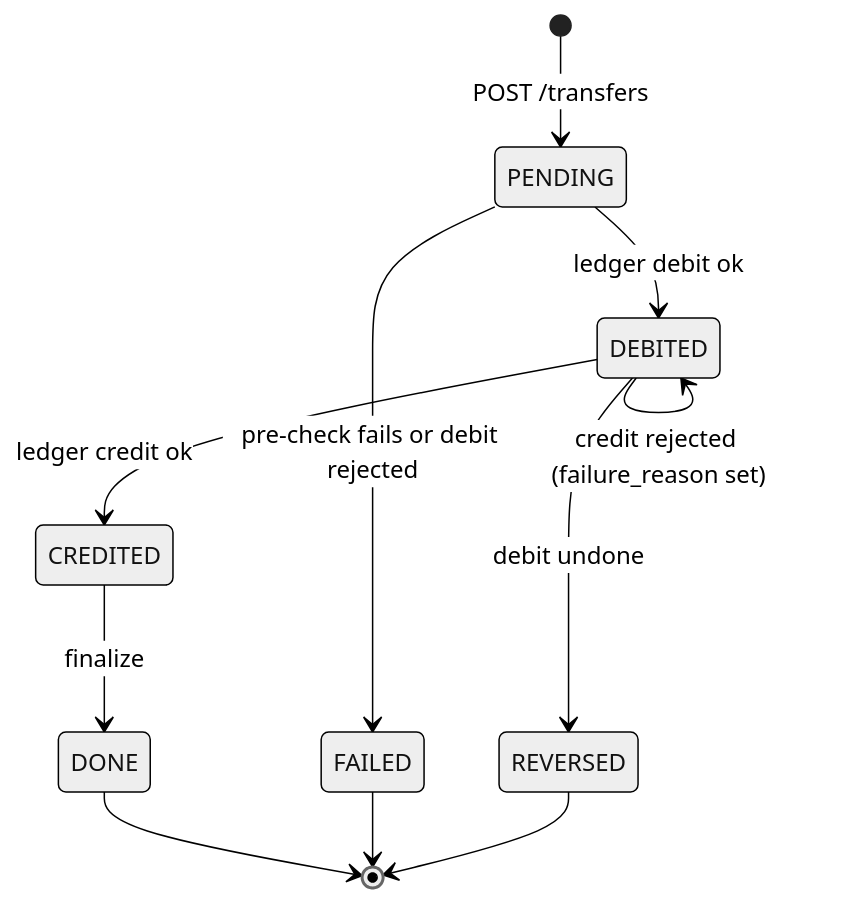
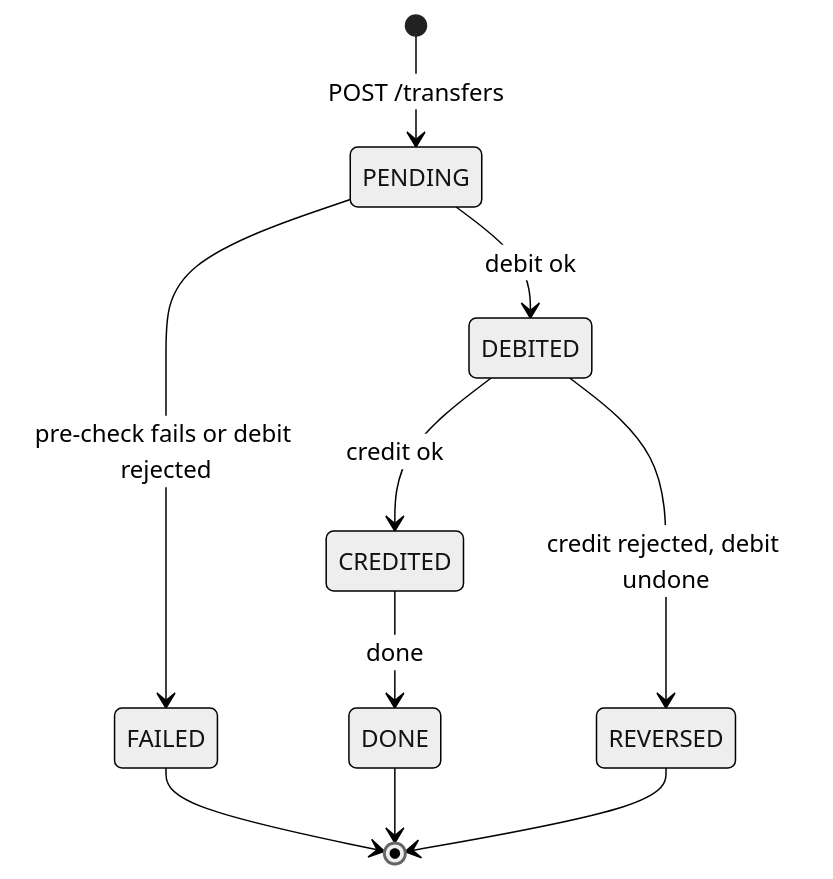
One commit to GodwinJacobR/mock-bank changed the diagram in specs/transfers/001-service.md. Above: the diagram before and after it, drawn with Mermaid (neutral theme). The commit also changed other lines of this file and 16 other files, not shown here.

````diff
--- a/specs/transfers/001-service.md
+++ b/specs/transfers/001-service.md
@@ -46,13 +56,12 @@
 ```mermaid
 stateDiagram-v2
   [*] --> PENDING: POST /transfers
   PENDING --> FAILED: pre-check fails or debit rejected
-  PENDING --> DEBITED: ledger debit ok
-  DEBITED --> CREDITED: ledger credit ok
-  CREDITED --> DONE: finalize
-  DEBITED --> DEBITED: credit rejected (failure_reason set)
-  DEBITED --> REVERSED: debit undone
+  PENDING --> DEBITED: debit ok
+  DEBITED --> CREDITED: credit ok
+  CREDITED --> DONE: done
+  DEBITED --> REVERSED: credit rejected, debit undone
   DONE --> [*]
   FAILED --> [*]
   REVERSED --> [*]
 ```
````
